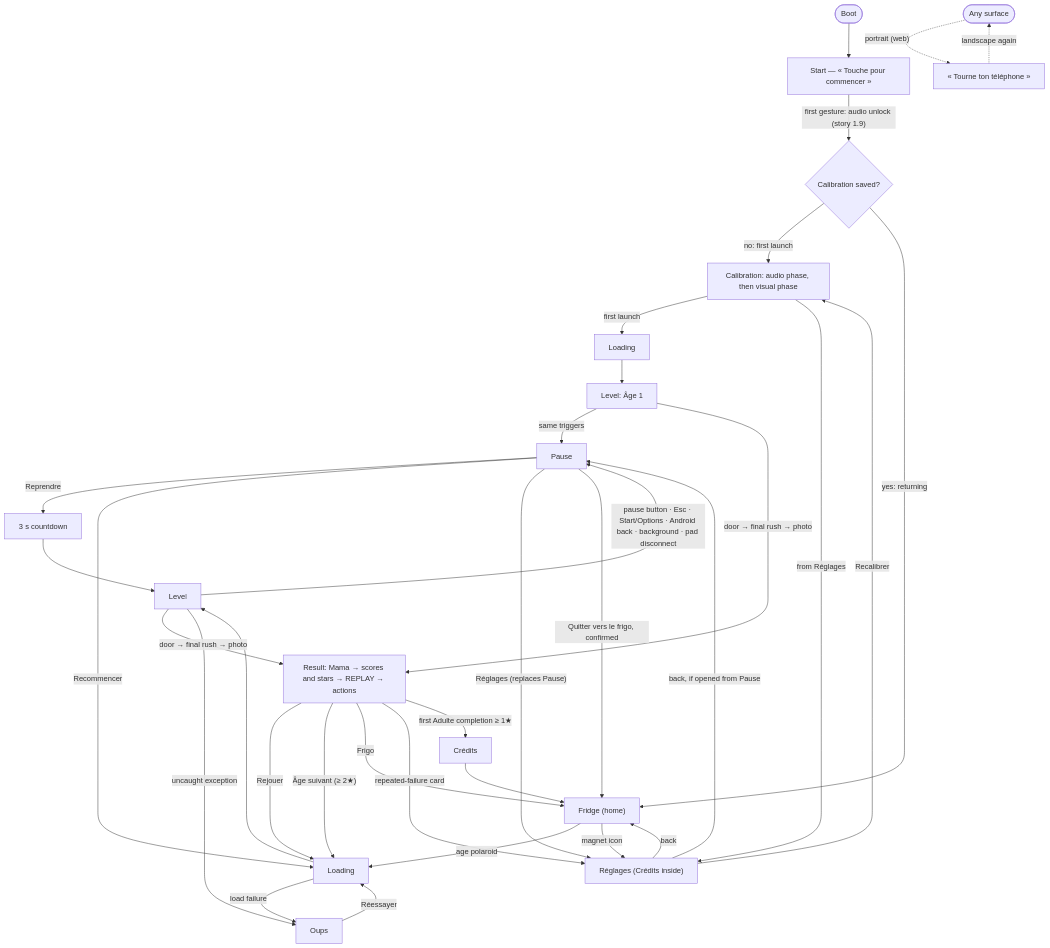
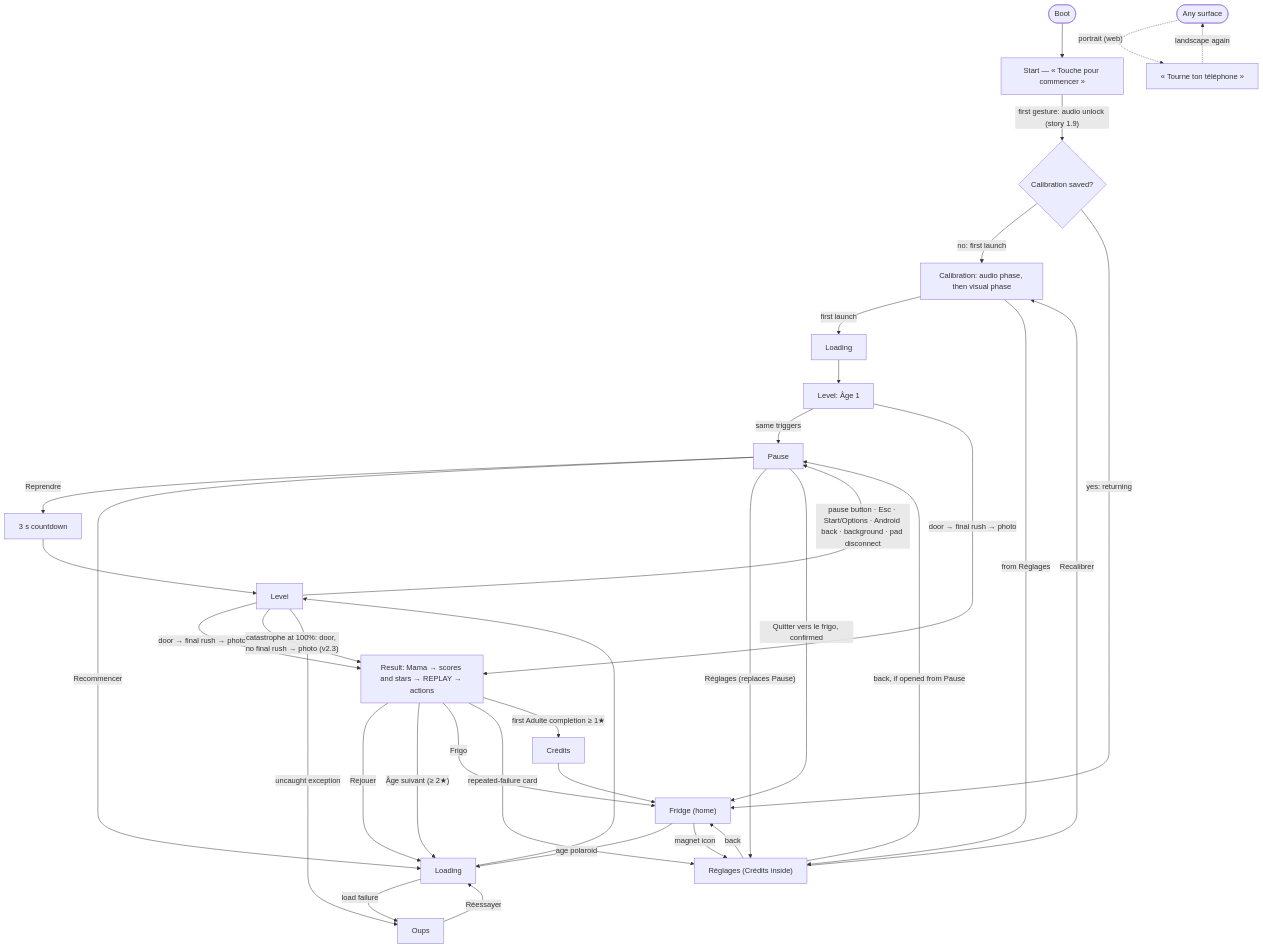
The diagram in _bmad-output/planning-artifacts/ux-designs/ux-papa-parade-2026-10-26/EXPERIENCE.md (ticney/papa-parade), drawn with Mermaid before and after one commit. The commit also changed other lines of this file and 5 other files, not shown here.

````diff
--- a/_bmad-output/planning-artifacts/ux-designs/ux-papa-parade-2026-10-26/EXPERIENCE.md
+++ b/_bmad-output/planning-artifacts/ux-designs/ux-papa-parade-2026-10-26/EXPERIENCE.md
@@ -42,36 +44,37 @@
 ```mermaid
 flowchart TD
   Boot(["Boot"]) --> Start["Start — « Touche pour commencer »"]
   Start -->|"first gesture: audio unlock (story 1.9)"| Saved{"Calibration saved?"}
   Saved -->|"no: first launch"| Cal["Calibration: audio phase, then visual phase"]
   Cal -->|"first launch"| LoadA["Loading"]
   LoadA --> Level["Level: Âge 1"]
   Saved -->|"yes: returning"| Fridge["Fridge (home)"]
   Fridge -->|"age polaroid"| Load["Loading"]
   Load --> Lvl["Level"]
   Fridge -->|"magnet icon"| Settings["Réglages (Crédits inside)"]
   Settings -->|"back"| Fridge
   Settings -->|"Recalibrer"| Cal
   Cal -->|"from Réglages"| Settings
   Lvl -->|"pause button · Esc · Start/Options · Android back · background · pad disconnect"| Pause["Pause"]
   Level -->|"same triggers"| Pause
   Pause -->|"Reprendre"| CD["3 s countdown"]
   CD --> Lvl
   Pause -->|"Recommencer"| Load
   Pause -->|"Réglages (replaces Pause)"| Settings
   Settings -->|"back, if opened from Pause"| Pause
   Pause -->|"Quitter vers le frigo, confirmed"| Fridge
   Lvl -->|"door → final rush → photo"| Result["Result: Mama → scores and stars → REPLAY → actions"]
   Level -->|"door → final rush → photo"| Result
+  Lvl -->|"catastrophe at 100%: door, no final rush → photo (v2.3)"| Result
   Result -->|"Rejouer"| Load
   Result -->|"Âge suivant (≥ 2★)"| Load
   Result -->|"Frigo"| Fridge
   Result -->|"repeated-failure card"| Settings
   Result -->|"first Adulte completion ≥ 1★"| Credits["Crédits"]
   Credits --> Fridge
   Load -->|"load failure"| Oops["Oups"]
   Lvl -->|"uncaught exception"| Oops
   Oops -->|"Réessayer"| Load
   Any(["Any surface"]) -.->|"portrait (web)"| Portrait["« Tourne ton téléphone »"]
   Portrait -.->|"landscape again"| Any
 ```
````
